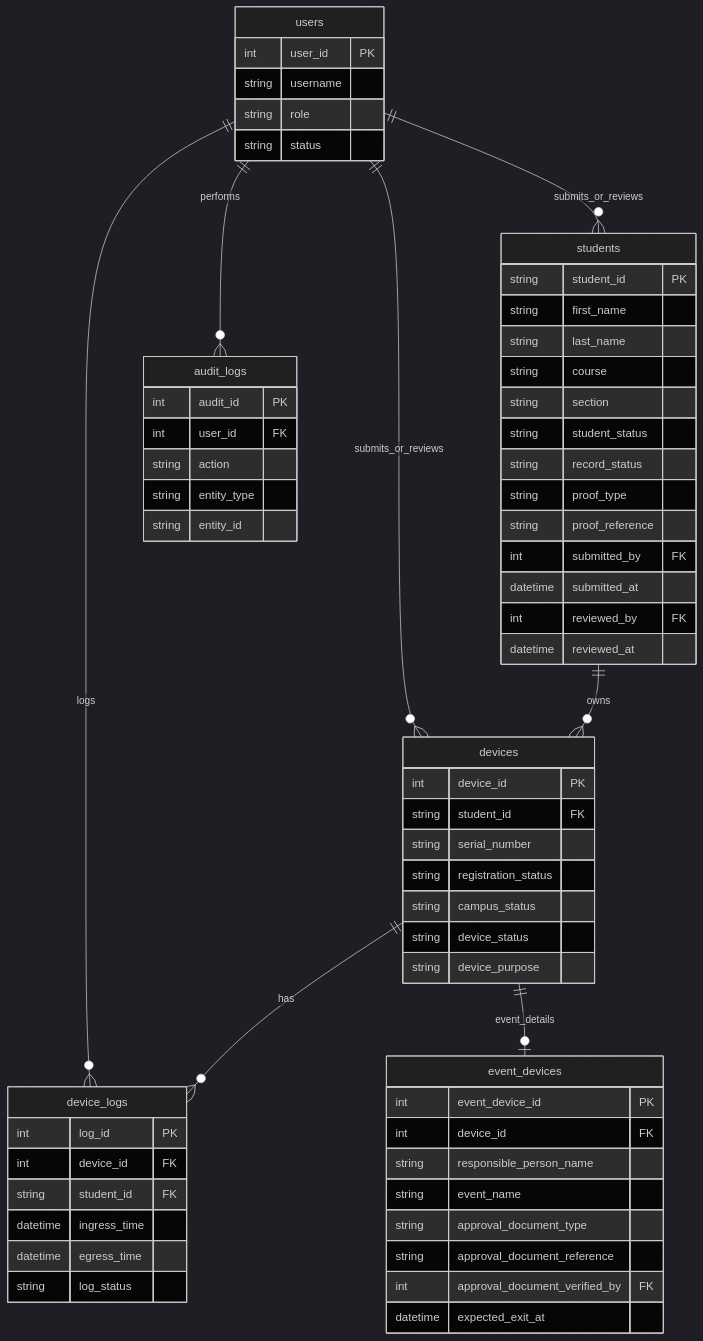
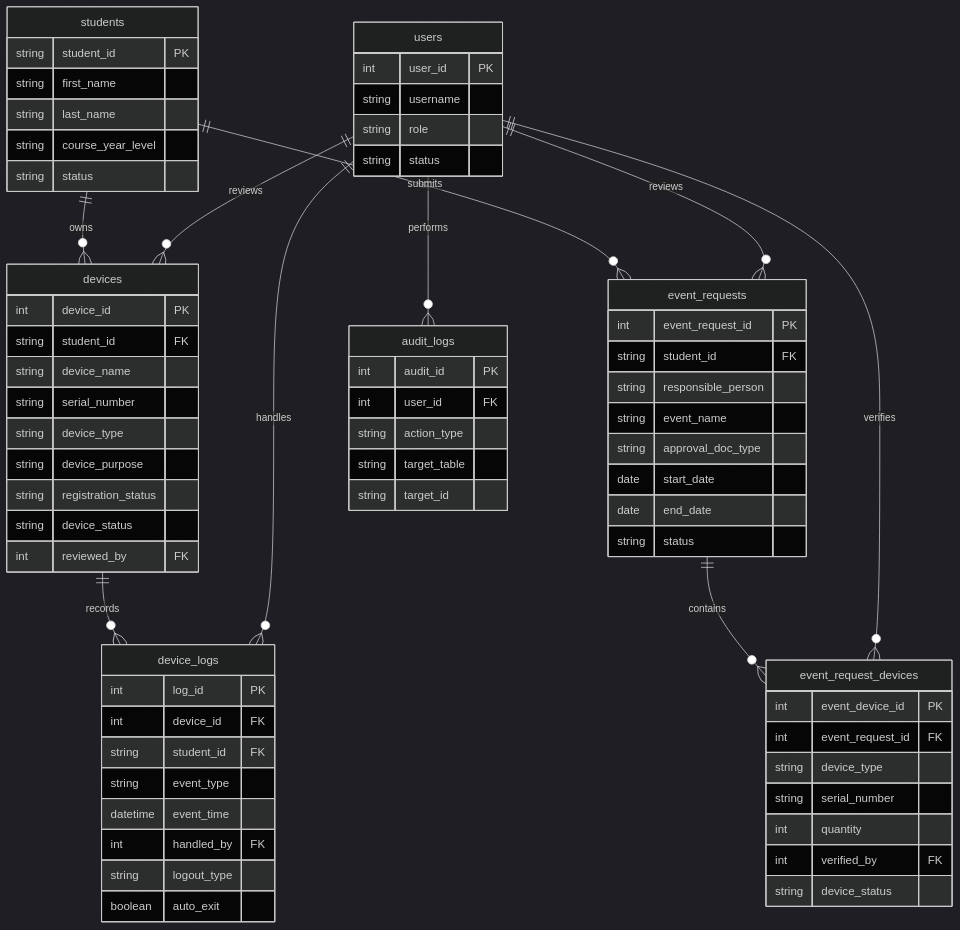
One commit to isnotfred/javafx-byod-client changed the diagram in docs/system-analysis/06-data-requirements-and-data-dictionary.md. Above: the diagram before and after it, drawn with Mermaid (dark theme). The commit also changed other lines of this file and 55 other files, not shown here.

Commit message:
Update system analysis and architecture documentation

````diff
--- a/docs/system-analysis/06-data-requirements-and-data-dictionary.md
+++ b/docs/system-analysis/06-data-requirements-and-data-dictionary.md
@@ -128,66 +157,73 @@
 ```mermaid
 erDiagram
     students ||--o{ devices : owns
-    devices ||--o{ device_logs : has
-    devices ||--o| event_devices : event_details
-    users ||--o{ students : submits_or_reviews
-    users ||--o{ devices : submits_or_reviews
-    users ||--o{ device_logs : logs
+    students ||--o{ event_requests : submits
+    event_requests ||--o{ event_request_devices : contains
+    devices ||--o{ device_logs : records
+    users ||--o{ devices : reviews
+    users ||--o{ event_requests : reviews
+    users ||--o{ event_request_devices : verifies
+    users ||--o{ device_logs : handles
     users ||--o{ audit_logs : performs
 
     students {
         string student_id PK
         string first_name
         string last_name
-        string course
-        string section
-        string student_status
-        string record_status
-        string proof_type
-        string proof_reference
-        int submitted_by FK
-        datetime submitted_at
-        int reviewed_by FK
-        datetime reviewed_at
+        string course_year_level
+        string status
     }
     devices {
         int device_id PK
         string student_id FK
+        string device_name
         string serial_number
+        string device_type
+        string device_purpose
         string registration_status
-        string campus_status
         string device_status
-        string device_purpose
+        int reviewed_by FK
+    }
+    event_requests {
+        int event_request_id PK
+        string student_id FK
+        string responsible_person
+        string event_name
+        string approval_doc_type
+        date start_date
+        date end_date
+        string status
+    }
+    event_request_devices {
+        int event_device_id PK
+        int event_request_id FK
+        string device_type
+        string serial_number
+        int quantity
+        int verified_by FK
+        string device_status
     }
     device_logs {
         int log_id PK
         int device_id FK
         string student_id FK
-        datetime ingress_time
-        datetime egress_time
-        string log_status
+        string event_type
+        datetime event_time
+        int handled_by FK
+        string logout_type
+        boolean auto_exit
     }
     users {
         int user_id PK
         string username
         string role
         string status
     }
-    event_devices {
-        int event_device_id PK
-        int device_id FK
-        string responsible_person_name
-        string event_name
-        string approval_document_type
-        string approval_document_reference
-        int approval_document_verified_by FK
-        datetime expected_exit_at
-    }
     audit_logs {
         int audit_id PK
         int user_id FK
-        string action
-        string entity_type
-        string entity_id
+        string action_type
+        string target_table
+        string target_id
     }
 ```
````
